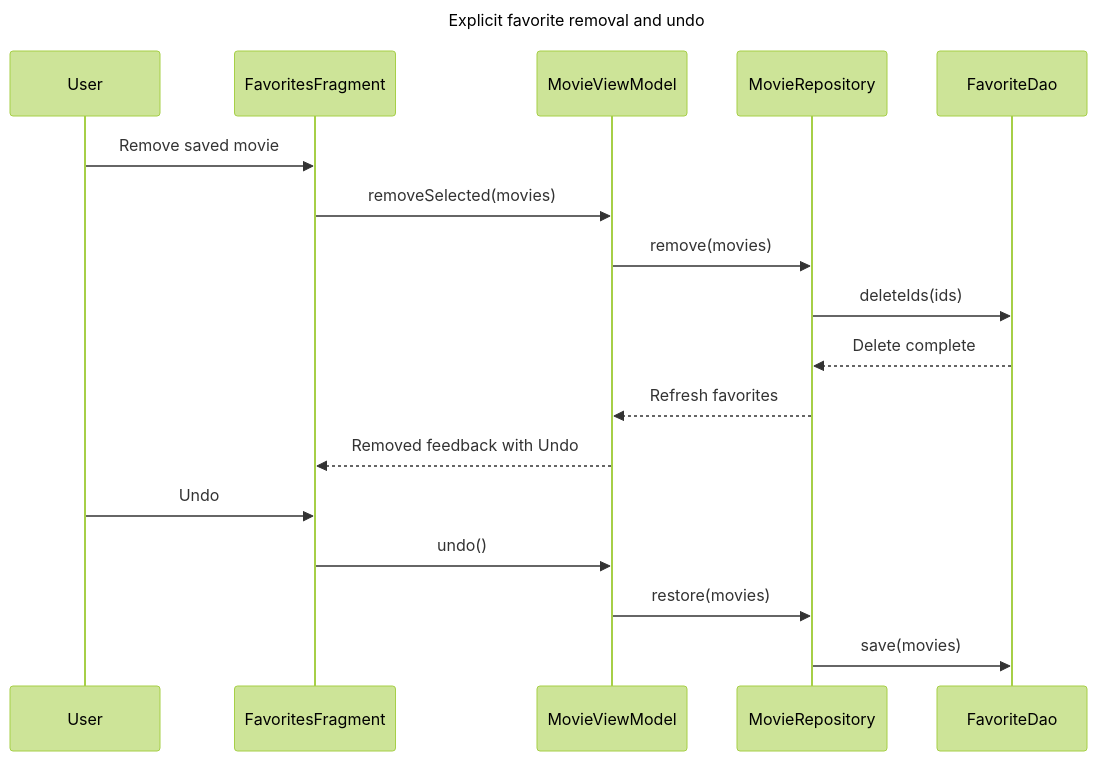
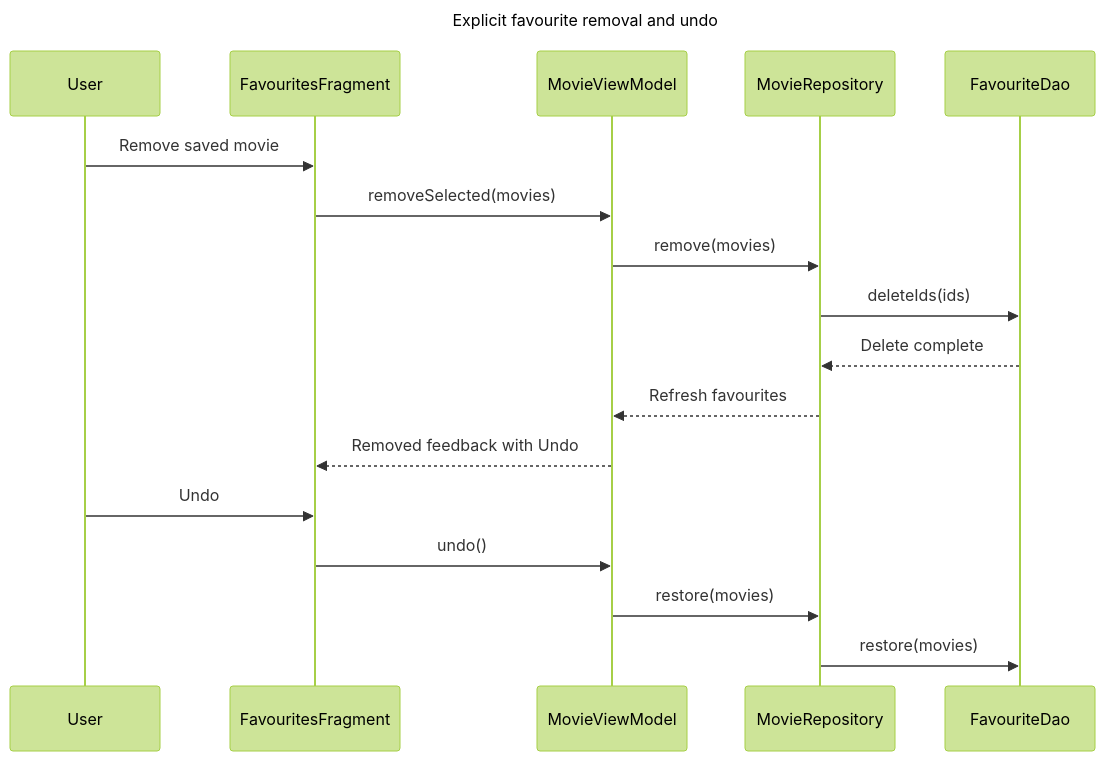
Before and after one commit to USTH-B3-Projects/MAD-IMDB-Client: the fourth of 4 diagrams in docs/architecture.md, drawn with Mermaid (forest theme). The commit also changed other lines of this file, not shown here.

````diff
--- a/docs/architecture.md
+++ b/docs/architecture.md
@@ -97,21 +101,21 @@
 ```mermaid
 sequenceDiagram
-    title Explicit favorite removal and undo
+    title Explicit favourite removal and undo
     participant User
-    participant FavoritesFragment
+    participant FavouritesFragment
     participant MovieViewModel
     participant MovieRepository
-    participant FavoriteDao
+    participant FavouriteDao
 
-    User->>FavoritesFragment: Remove saved movie
-    FavoritesFragment->>MovieViewModel: removeSelected(movies)
+    User->>FavouritesFragment: Remove saved movie
+    FavouritesFragment->>MovieViewModel: removeSelected(movies)
     MovieViewModel->>MovieRepository: remove(movies)
-    MovieRepository->>FavoriteDao: deleteIds(ids)
-    FavoriteDao-->>MovieRepository: Delete complete
-    MovieRepository-->>MovieViewModel: Refresh favorites
-    MovieViewModel-->>FavoritesFragment: Removed feedback with Undo
-    User->>FavoritesFragment: Undo
-    FavoritesFragment->>MovieViewModel: undo()
+    MovieRepository->>FavouriteDao: deleteIds(ids)
+    FavouriteDao-->>MovieRepository: Delete complete
+    MovieRepository-->>MovieViewModel: Refresh favourites
+    MovieViewModel-->>FavouritesFragment: Removed feedback with Undo
+    User->>FavouritesFragment: Undo
+    FavouritesFragment->>MovieViewModel: undo()
     MovieViewModel->>MovieRepository: restore(movies)
-    MovieRepository->>FavoriteDao: save(movies)
+    MovieRepository->>FavouriteDao: restore(movies)
 ```
````
